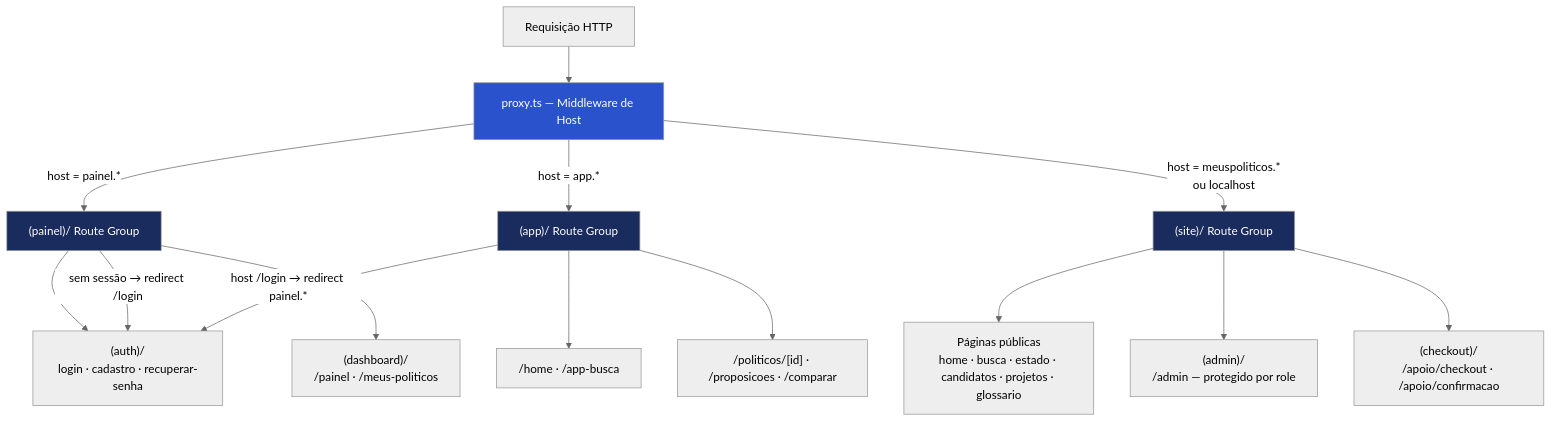
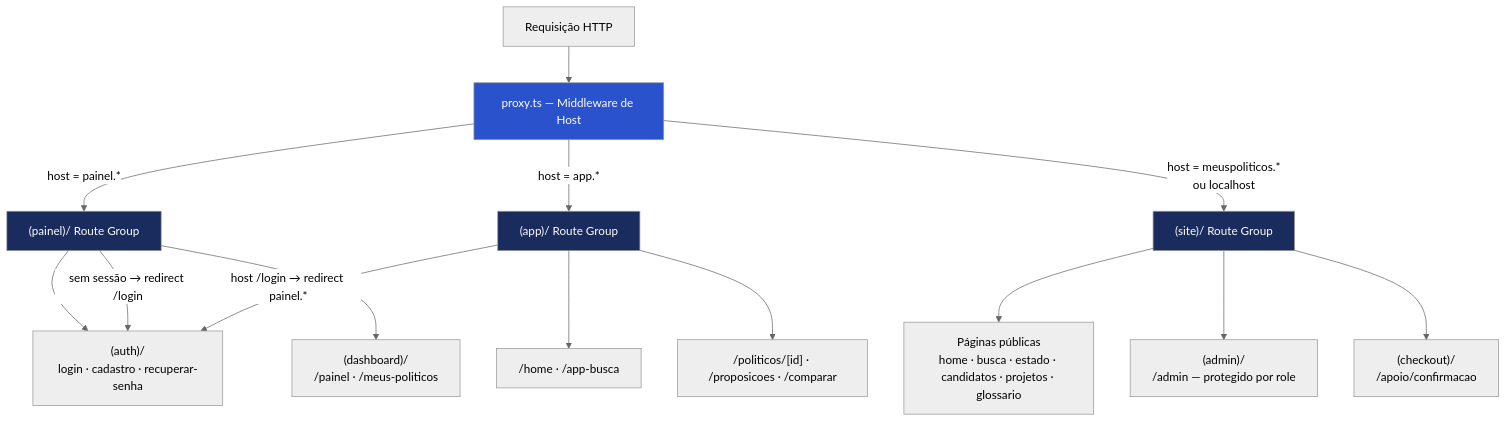
The first of 3 diagrams in docs/ARCHITECTURE.md (paulobolliger/meus-politicos), drawn with Mermaid (neutral theme) before and after one commit. The commit also changed other lines of this file and 144 other files, not shown here.

````diff
--- a/docs/ARCHITECTURE.md
+++ b/docs/ARCHITECTURE.md
@@ -57,25 +67,25 @@
 ```mermaid
 graph TD
     A["Requisição HTTP"] --> B["proxy.ts — Middleware de Host"]
 
     B -->|"host = painel.*"| C["(painel)/ Route Group"]
     B -->|"host = app.*"| D["(app)/ Route Group"]
     B -->|"host = meuspoliticos.*\nou localhost"| E["(site)/ Route Group"]
 
     C --> C1["(auth)/\nlogin · cadastro · recuperar-senha"]
     C --> C2["(dashboard)/\n/painel · /meus-politicos"]
     C -->|"sem sessão → redirect /login"| C1
 
     D --> D1["/home · /app-busca"]
     D --> D2["/politicos/[id] · /proposicoes · /comparar"]
     D -->|"host /login → redirect painel.*"| C1
 
     E --> E1["Páginas públicas\nhome · busca · estado · candidatos · projetos · glossario"]
     E --> E2["(admin)/\n/admin — protegido por role"]
-    E --> E3["(checkout)/\n/apoio/checkout · /apoio/confirmacao"]
+    E --> E3["(checkout)/\n/apoio/confirmacao"]
 
     style B fill:#2952cc,color:#fff
     style C fill:#1a2b5e,color:#fff
     style D fill:#1a2b5e,color:#fff
     style E fill:#1a2b5e,color:#fff
 ```
````
